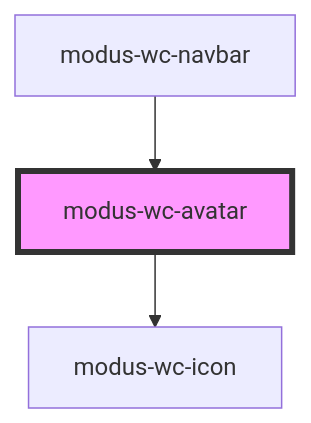
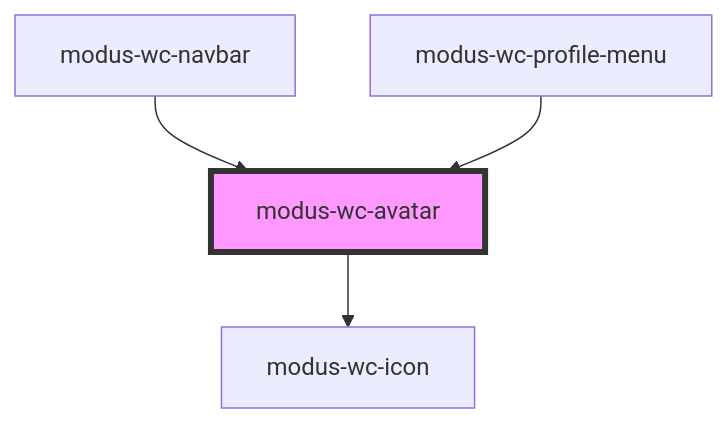
One commit to trimble-oss/modus-wc-2.0 changed the diagram in src/components/modus-wc-avatar/readme.md. Above: the diagram before and after it, drawn with Mermaid. The commit also changed other lines of this file and 26 other files, not shown here.

````diff
--- a/src/components/modus-wc-avatar/readme.md
+++ b/src/components/modus-wc-avatar/readme.md
@@ -37,6 +38,7 @@
 ```mermaid
 graph TD;
   modus-wc-avatar --> modus-wc-icon
   modus-wc-navbar --> modus-wc-avatar
+  modus-wc-profile-menu --> modus-wc-avatar
   style modus-wc-avatar fill:#f9f,stroke:#333,stroke-width:4px
 ```
````
